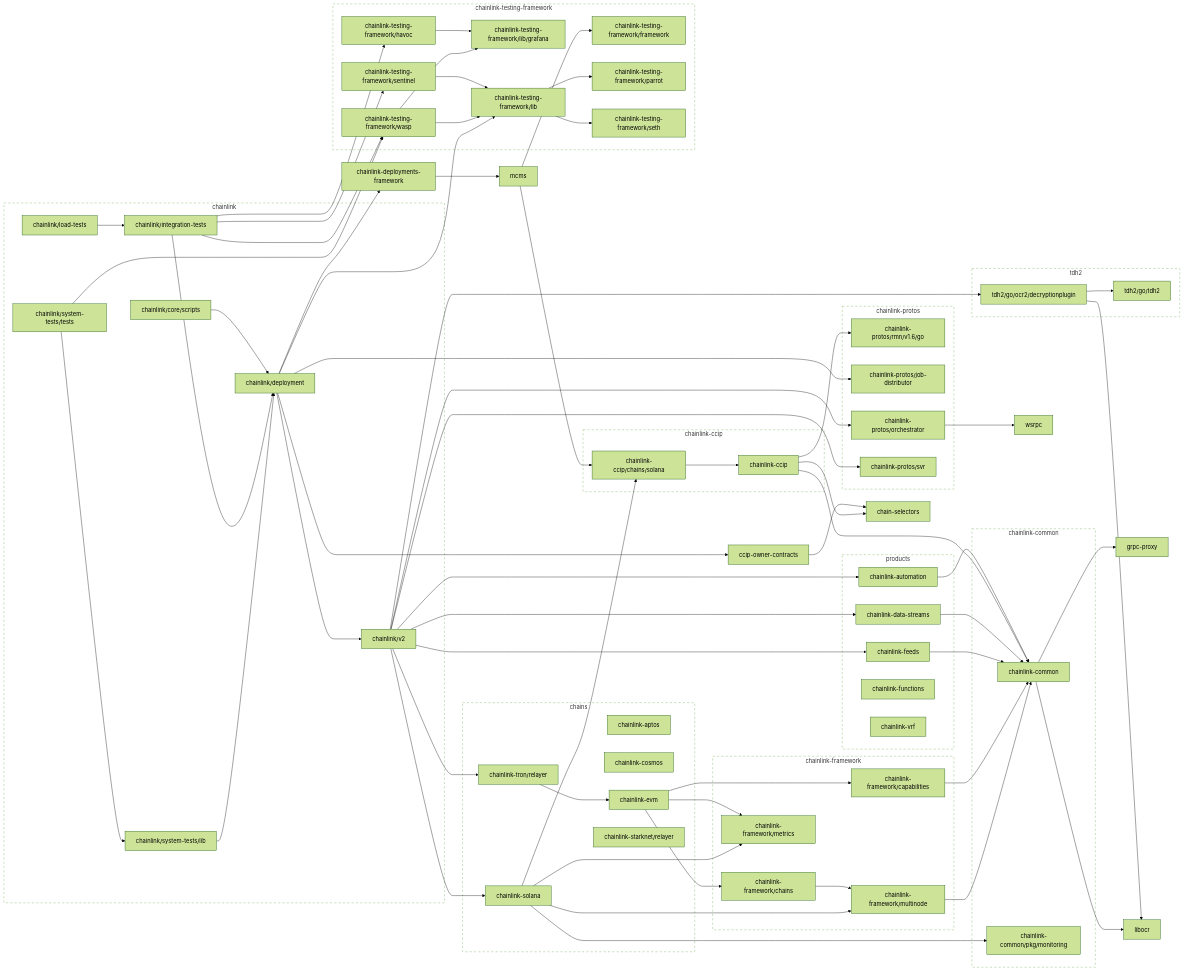
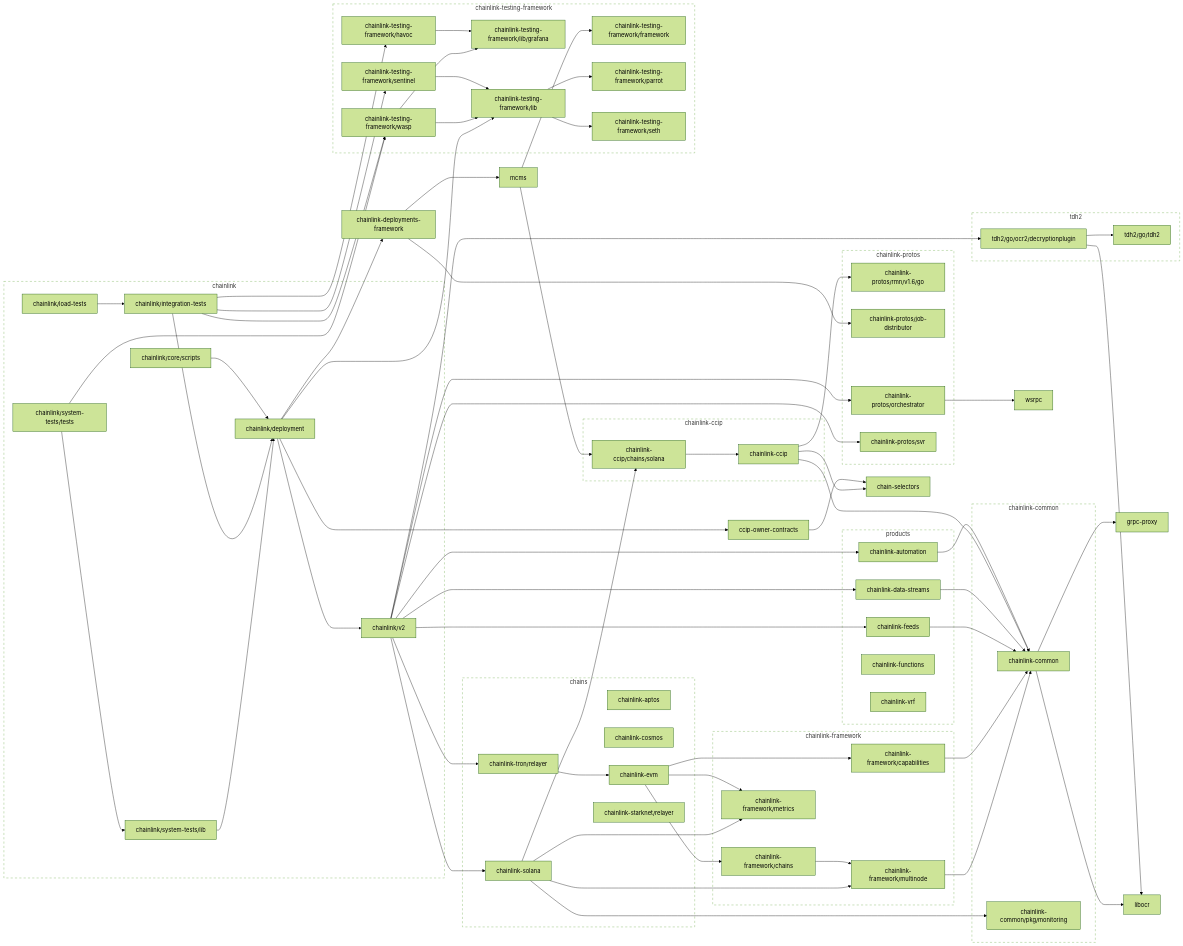
Before and after one commit to JohnDaWalka/chainlink: the second of 2 diagrams in go.md, drawn with Mermaid (forest theme). The commit also changed 24 other files, not shown here.

```diff
--- a/go.md
+++ b/go.md
@@ -165,6 +165,7 @@
 	click chainlink-common/pkg/monitoring href "https://github.com/smartcontractkit/chainlink-common"
 	chainlink-data-streams --> chainlink-common
 	click chainlink-data-streams href "https://github.com/smartcontractkit/chainlink-data-streams"
+	chainlink-deployments-framework --> chainlink-protos/job-distributor
 	chainlink-deployments-framework --> mcms
 	click chainlink-deployments-framework href "https://github.com/smartcontractkit/chainlink-deployments-framework"
 	chainlink-evm --> chainlink-framework/capabilities
@@ -218,7 +219,6 @@
 	click chainlink/core/scripts href "https://github.com/smartcontractkit/chainlink"
 	chainlink/deployment --> ccip-owner-contracts
 	chainlink/deployment --> chainlink-deployments-framework
-	chainlink/deployment --> chainlink-protos/job-distributor
 	chainlink/deployment --> chainlink-testing-framework/lib
 	chainlink/deployment --> chainlink/v2
 	click chainlink/deployment href "https://github.com/smartcontractkit/chainlink"
```
